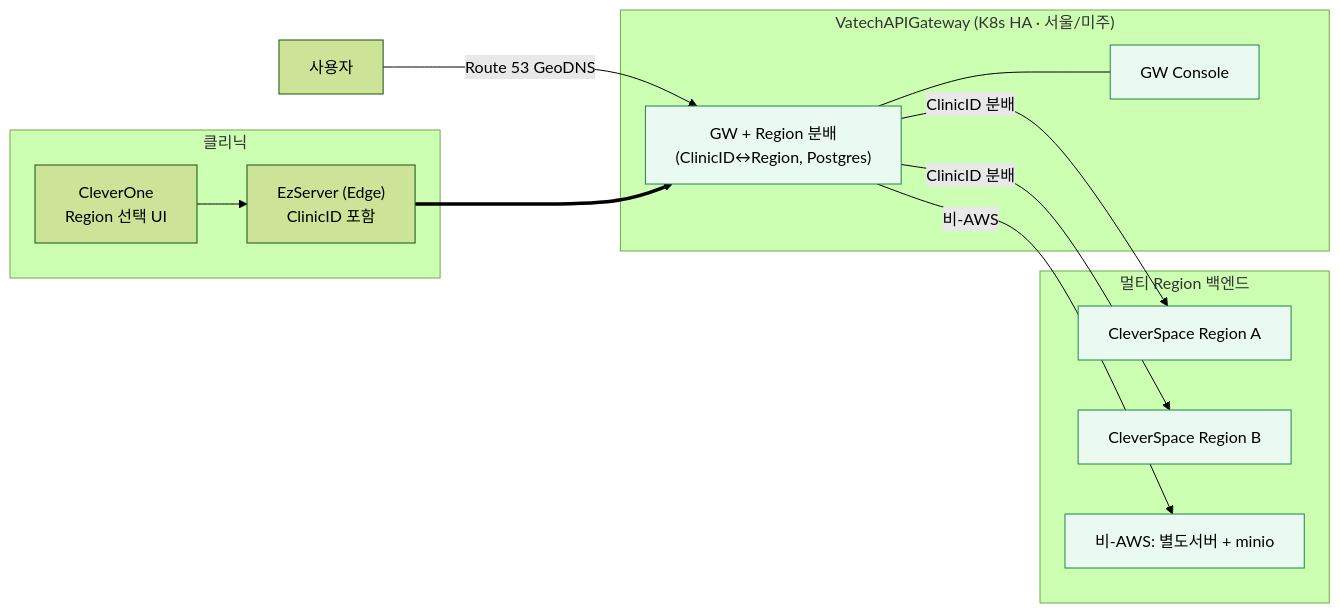
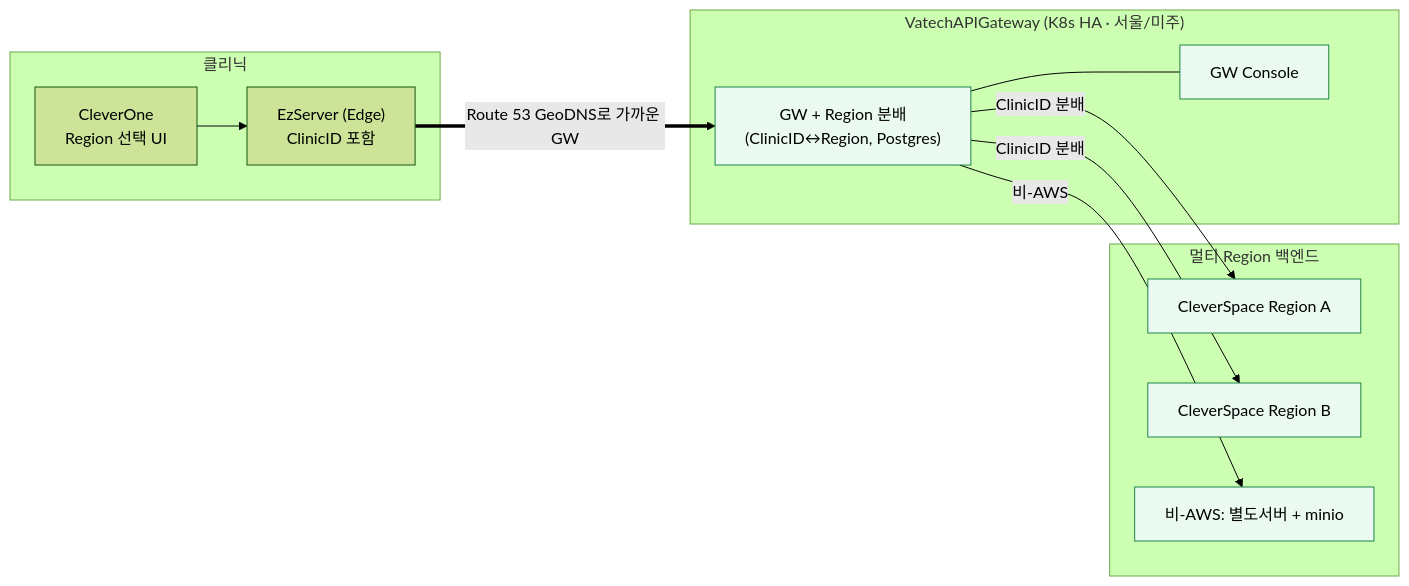
The seventh of 7 diagrams in docs/CleverAPI호환성체크/VatechAPIGateway_통합_Roadmap_보고서.md (gracegyu/scp-architecture), drawn with Mermaid (forest theme) before and after one commit. The commit also changed other lines of this file, not shown here.

````diff
--- a/docs/CleverAPI호환성체크/VatechAPIGateway_통합_Roadmap_보고서.md
+++ b/docs/CleverAPI호환성체크/VatechAPIGateway_통합_Roadmap_보고서.md
@@ -336,27 +336,26 @@
 ```mermaid
 flowchart LR
-    USER["사용자"] -->|"Route 53 GeoDNS"| GW
     subgraph CLINIC["클리닉"]
         CO["CleverOne<br/>Region 선택 UI"]
         EZ["EzServer (Edge)<br/>ClinicID 포함"]
         CO --> EZ
     end
     subgraph GWLAYER["VatechAPIGateway (K8s HA · 서울/미주)"]
         GW["GW + Region 분배<br/>(ClinicID↔Region, Postgres)"]
         CONSOLE["GW Console"]
         GW --- CONSOLE
     end
     subgraph CLOUD["멀티 Region 백엔드"]
         CS1["CleverSpace Region A"]
         CS2["CleverSpace Region B"]
         MINIO["비-AWS: 별도서버 + minio"]
     end
 
-    EZ ==> GW
+    EZ ==>|"Route 53 GeoDNS로 가까운 GW"| GW
     GW -->|"ClinicID 분배"| CS1
     GW -->|"ClinicID 분배"| CS2
     GW -->|"비-AWS"| MINIO
 
     classDef new fill:#eafaf1,stroke:#1e8449,color:#000;
     class GW,CONSOLE,CS1,CS2,MINIO new;
 ```
````
